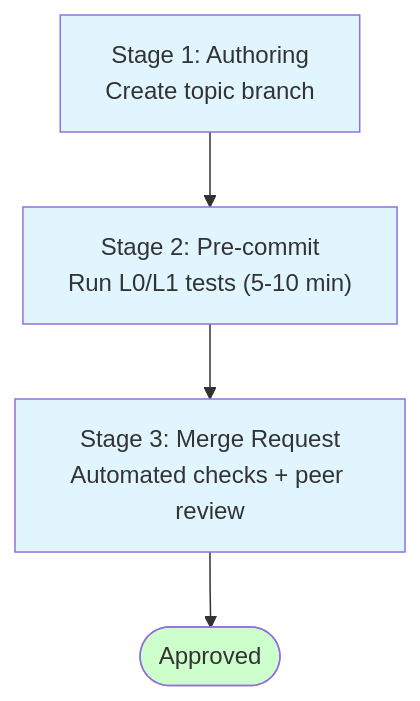
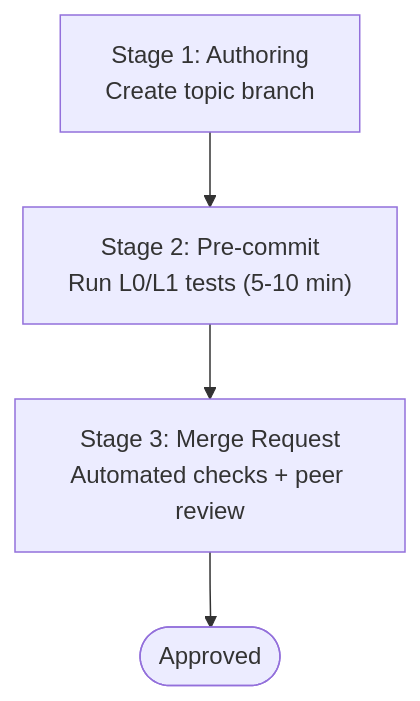
One commit to ready-to-release/eac changed the fifth of 8 diagrams in docs/explanation/continuous-delivery/workflow/branching-strategies.md. Above: the diagram before and after it, drawn with Mermaid. The commit also changed other lines of this file and 28 other files, not shown here.

````diff
--- a/docs/explanation/continuous-delivery/workflow/branching-strategies.md
+++ b/docs/explanation/continuous-delivery/workflow/branching-strategies.md
@@ -299,12 +282,8 @@
 ```mermaid
 flowchart TD
     S1["Stage 1: Authoring<br/>Create topic branch"]
     S2["Stage 2: Pre-commit<br/>Run L0/L1 tests (5-10 min)"]
     S3["Stage 3: Merge Request<br/>Automated checks + peer review"]
     Approved(["Approved"])
     S1 --> S2 --> S3 --> Approved
-    style S1 fill:#e1f5fe
-    style S2 fill:#e1f5fe
-    style S3 fill:#e1f5fe
-    style Approved fill:#ccffcc
 ```
````
